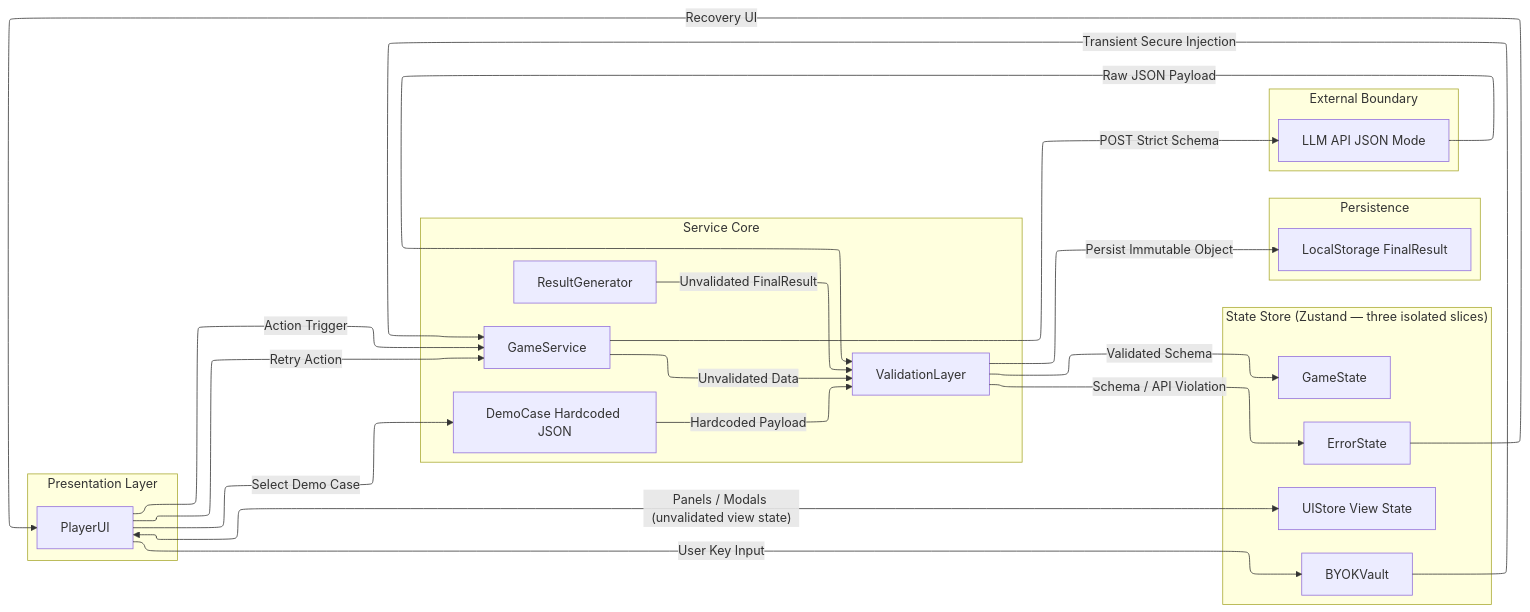
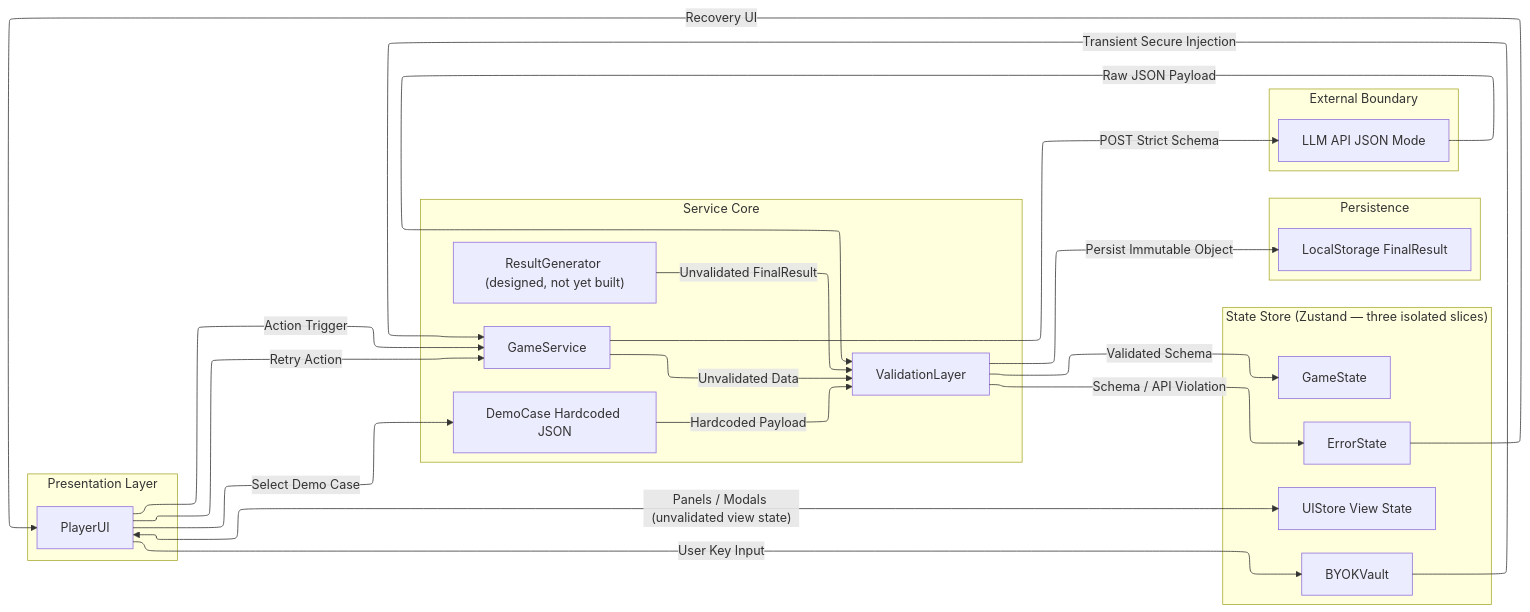
The first of 2 diagrams in README.md (jcrump97/the-bench), drawn with Mermaid before and after one commit. The commit also changed other lines of this file and 4 other files, not shown here.

````diff
--- a/README.md
+++ b/README.md
@@ -61,45 +61,45 @@
 ```mermaid
 %%{init:{'flowchart':{'defaultRenderer':'elk'}}}%%
 flowchart LR
     subgraph Presentation["Presentation Layer"]
         UI[PlayerUI]
     end
 
     subgraph ServiceCore["Service Core"]
         GS[GameService]
-        RG[ResultGenerator]
+        RG["ResultGenerator (designed, not yet built)"]
         VL[ValidationLayer]
         DEMO[DemoCase Hardcoded JSON]
     end
 
     subgraph StateStore["State Store (Zustand — three isolated slices)"]
         GAME[GameState]
         ERR[ErrorState]
         VAULT[BYOKVault]
         UIS[UIStore View State]
     end
 
     subgraph Persistence["Persistence"]
         LS[LocalStorage FinalResult]
     end
 
     subgraph External["External Boundary"]
         LLM[LLM API JSON Mode]
     end
 
     UI -->|"Action Trigger"| GS
     UI -->|"User Key Input"| VAULT
     UI -->|"Select Demo Case"| DEMO
     VAULT -->|"Transient Secure Injection"| GS
     GS -->|"POST Strict Schema"| LLM
     DEMO -->|"Hardcoded Payload"| VL
     LLM -->|"Raw JSON Payload"| VL
     GS -->|"Unvalidated Data"| VL
     RG -->|"Unvalidated FinalResult"| VL
     VL -->|"Validated Schema"| GAME
     VL -->|"Schema / API Violation"| ERR
     VL -->|"Persist Immutable Object"| LS
     ERR -->|"Recovery UI"| UI
     UI -->|"Retry Action"| GS
     UI <-->|"Panels / Modals (unvalidated view state)"| UIS
 ```
````
